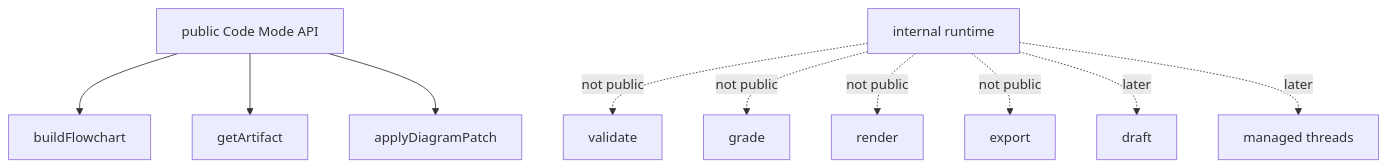
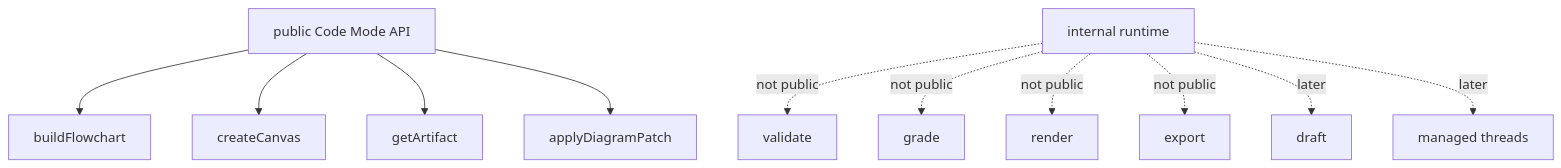
One commit to shpitdev/sketchi changed diagram 17 of 17 in docs/mcp-tool-catalog.md. Above: the diagram before and after it, drawn with Mermaid. The commit also changed other lines of this file and 36 other files, not shown here.

````diff
--- a/docs/mcp-tool-catalog.md
+++ b/docs/mcp-tool-catalog.md
@@ -1246,16 +1284,17 @@
 ```mermaid
 flowchart TB
   Public["public Code Mode API"]
   Internal["internal runtime"]
 
   Public --> Build["buildFlowchart"]
+  Public --> Canvas["createCanvas"]
   Public --> Artifact["getArtifact"]
   Public --> Patch["applyDiagramPatch"]
 
   Internal -. not public .-> Validate["validate"]
   Internal -. not public .-> Grade["grade"]
   Internal -. not public .-> Render["render"]
   Internal -. not public .-> Export["export"]
   Internal -. later .-> Draft["draft"]
   Internal -. later .-> Threads["managed threads"]
 ```
````
